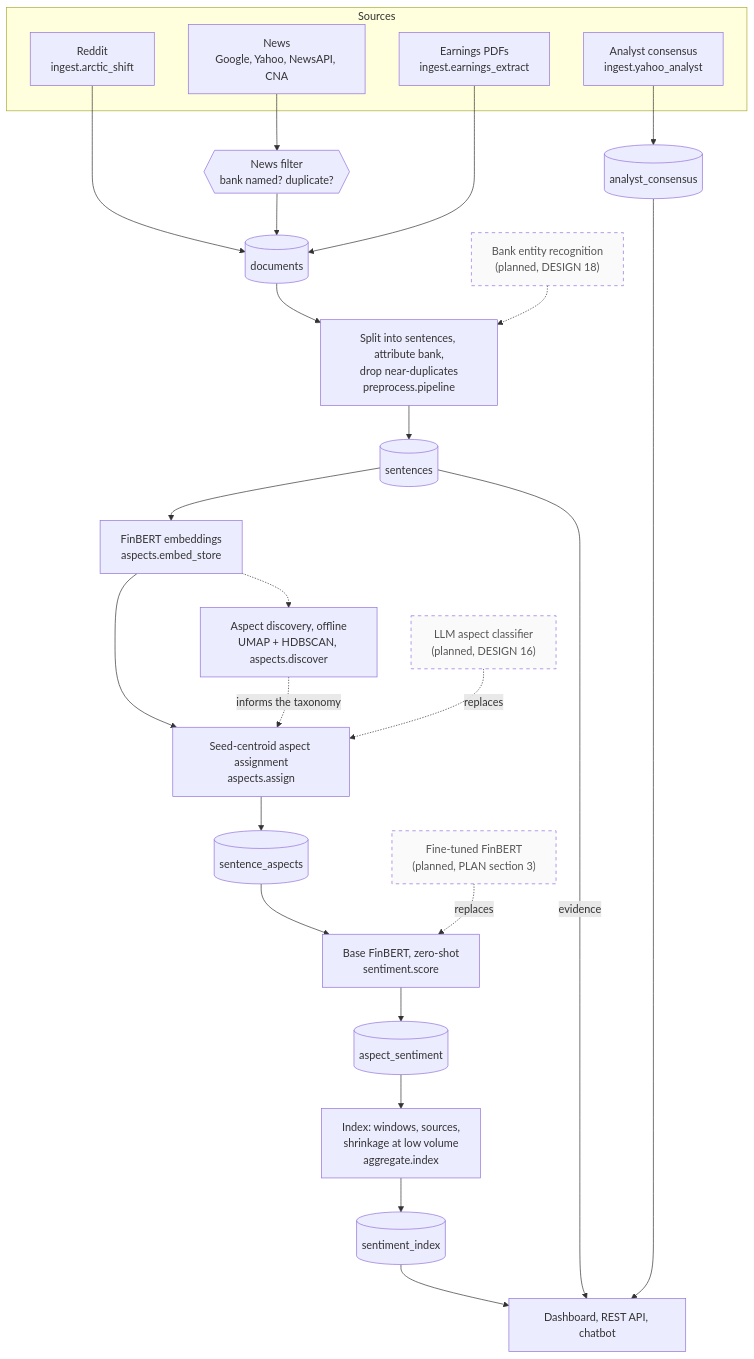
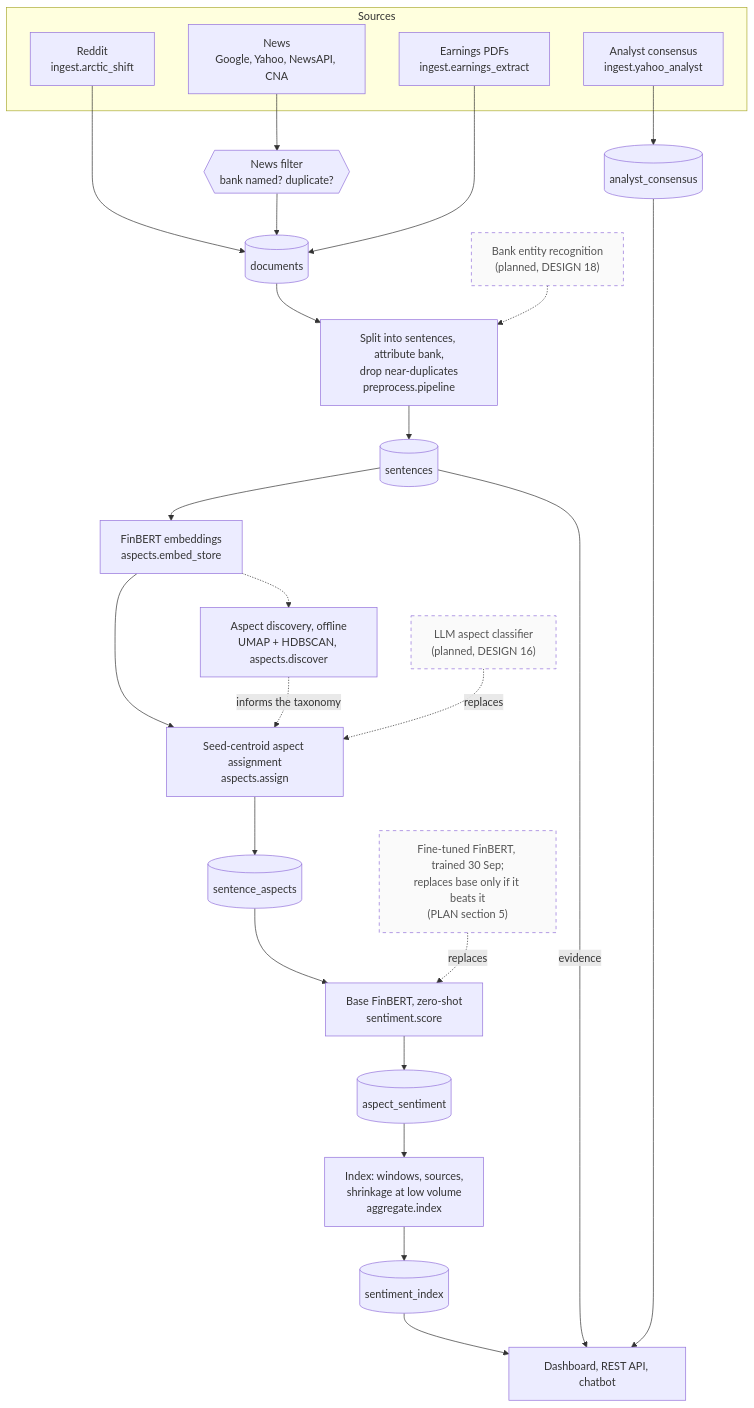
Before and after one commit to Gavingyh/plp-project: the diagram in docs/diagrams/04-pipeline.md, drawn with Mermaid. The commit also changed other lines of this file and 48 other files, not shown here.

````diff
--- a/docs/diagrams/04-pipeline.md
+++ b/docs/diagrams/04-pipeline.md
@@ -7,50 +7,50 @@
 ```mermaid
 flowchart TB
   accTitle: Processing pipeline
   accDescr: Sources are ingested into documents, split into sentences, embedded, tagged with aspects, scored and aggregated into an index that the dashboard, API and chatbot read. Planned replacements are dashed.
 
   subgraph src["Sources"]
     reddit["Reddit<br/>ingest.arctic_shift"]
     news["News<br/>Google, Yahoo, NewsAPI, CNA"]
     pdfs["Earnings PDFs<br/>ingest.earnings_extract"]
     cons["Analyst consensus<br/>ingest.yahoo_analyst"]
   end
 
   filt{{"News filter<br/>bank named? duplicate?"}}
   docs[("documents")]
   acons[("analyst_consensus")]
   prep["Split into sentences, attribute bank,<br/>drop near-duplicates<br/>preprocess.pipeline"]
   ner["Bank entity recognition<br/>(planned, DESIGN 18)"]
   sents[("sentences")]
   emb["FinBERT embeddings<br/>aspects.embed_store"]
   disc["Aspect discovery, offline<br/>UMAP + HDBSCAN, aspects.discover"]
   assign["Seed-centroid aspect assignment<br/>aspects.assign"]
   llm["LLM aspect classifier<br/>(planned, DESIGN 16)"]
   sa[("sentence_aspects")]
   score["Base FinBERT, zero-shot<br/>sentiment.score"]
-  ft["Fine-tuned FinBERT<br/>(planned, PLAN section 3)"]
+  ft["Fine-tuned FinBERT, trained 30 Sep;<br/>replaces base only if it beats it<br/>(PLAN section 5)"]
   as[("aspect_sentiment")]
   agg["Index: windows, sources,<br/>shrinkage at low volume<br/>aggregate.index"]
   idx[("sentiment_index")]
   ui["Dashboard, REST API, chatbot"]
 
   reddit --> docs
   news --> filt --> docs
   pdfs --> docs
   cons --> acons
   docs --> prep --> sents
   ner -.-> prep
   sents --> emb --> assign --> sa
   emb -.-> disc
   disc -. "informs the taxonomy" .-> assign
   llm -. "replaces" .-> assign
   sa --> score --> as
   ft -. "replaces" .-> score
   as --> agg --> idx
   idx --> ui
   sents -- "evidence" --> ui
   acons --> ui
 
   classDef planned stroke-dasharray: 5 5,color:#555,fill:#fafafa;
   class ner,llm,ft planned;
 ```
````
